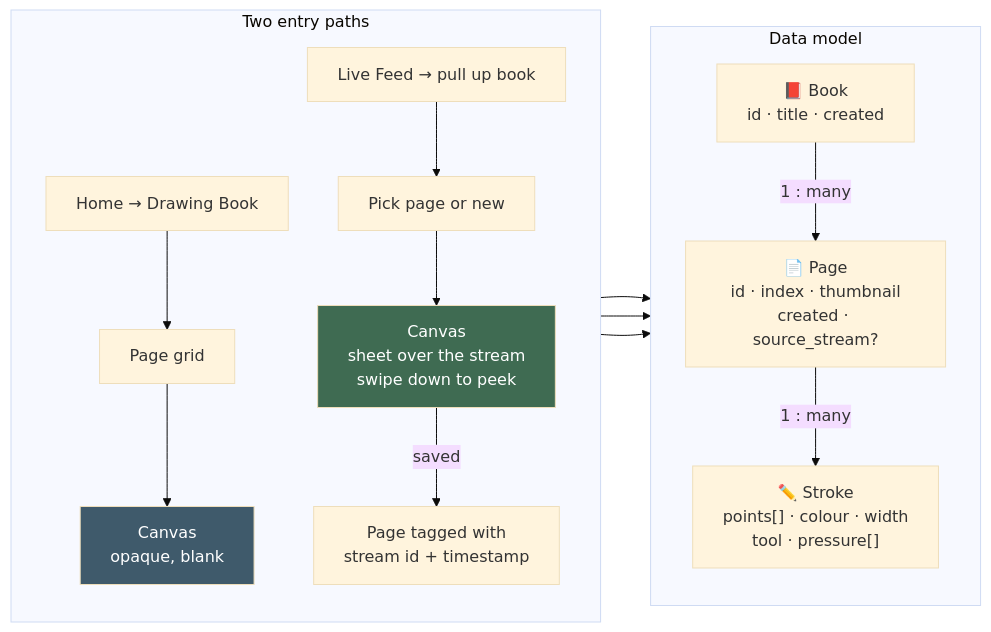
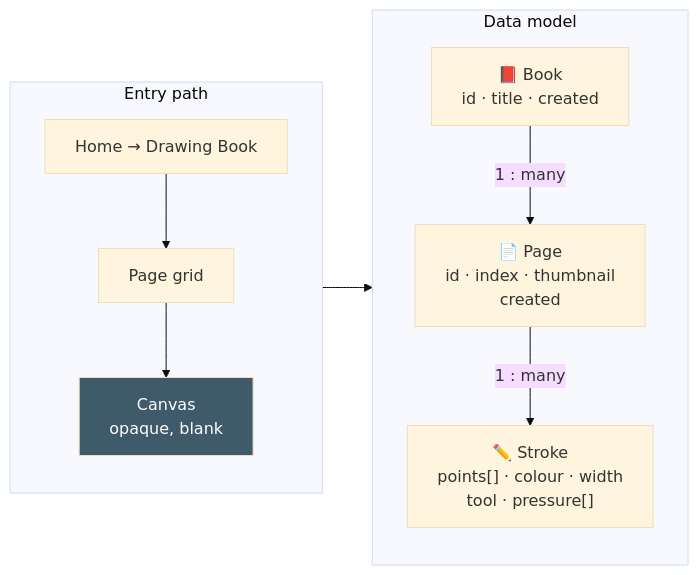
Before and after one commit to Kavana917/TouchGrass: the fourth of 6 diagrams in context/app_plan.md, drawn with Mermaid (base theme). The commit also changed other lines of this file and 33 other files, not shown here.

````diff
--- a/context/app_plan.md
+++ b/context/app_plan.md
@@ -448,28 +308,21 @@
 ```mermaid
 flowchart LR
     subgraph model ["Data model"]
         direction TB
         BOOK["📕 Book<br/>id · title · created"]
-        PAGE["📄 Page<br/>id · index · thumbnail<br/>created · source_stream?"]
+        PAGE["📄 Page<br/>id · index · thumbnail<br/>created"]
         STROKE["✏️ Stroke<br/>points[] · colour · width<br/>tool · pressure[]"]
         BOOK -->|"1 : many"| PAGE
         PAGE -->|"1 : many"| STROKE
     end
 
-    subgraph entry ["Two entry paths"]
+    subgraph entry ["Entry path"]
         direction TB
         E1["Home → Drawing Book"] --> P1["Page grid"]
         P1 --> C1["Canvas<br/>opaque, blank"]
-
-        E2["Live Feed → pull up book"] --> P2["Pick page or new"]
-        P2 --> C2["Canvas<br/>sheet over the stream<br/>swipe down to peek"]
-        C2 -->|"saved"| TAG["Page tagged with<br/>stream id + timestamp"]
     end
 
     C1 --> STROKE
-    C2 --> STROKE
-    TAG --> PAGE
 
-    style C2 fill:#3f6b52,color:#fff
     style C1 fill:#3f5a6b,color:#fff
 ```
````
